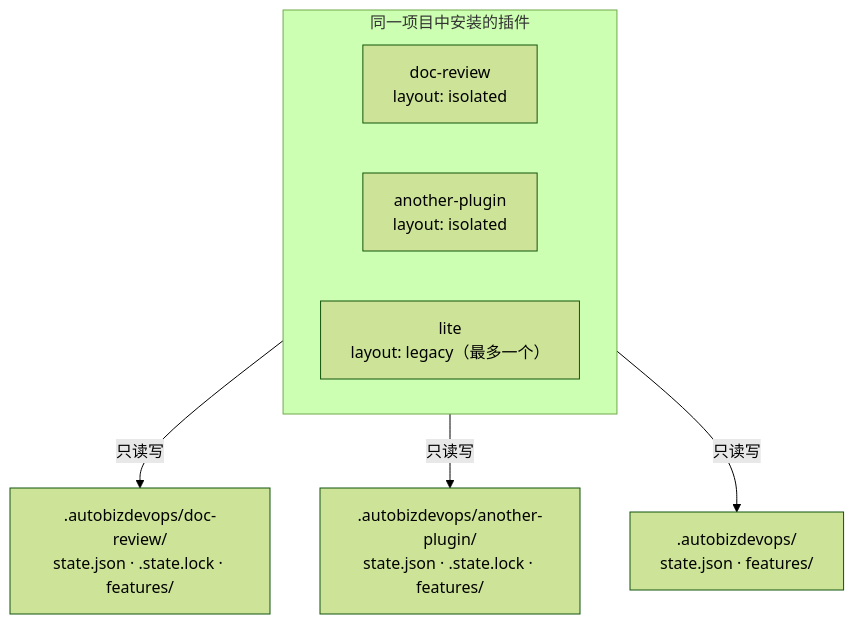
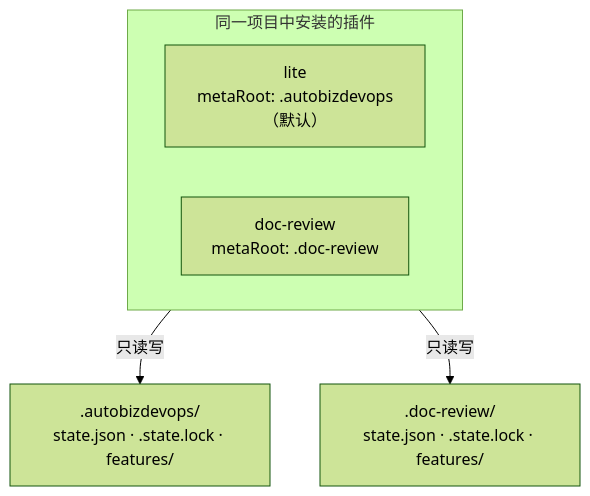
Before and after one commit to seikou00/autobizdevops_plugin_creator: the tenth of 11 diagrams in docs/diagrams.md, drawn with Mermaid (forest theme). The commit also changed other lines of this file and 81 other files, not shown here.

````diff
--- a/docs/diagrams.md
+++ b/docs/diagrams.md
@@ -321,17 +318,14 @@
 ```mermaid
 flowchart TB
   subgraph PLUGINS["同一项目中安装的插件"]
     direction LR
-    PA["doc-review<br/>layout: isolated"]
-    PB["another-plugin<br/>layout: isolated"]
-    PL["lite<br/>layout: legacy（最多一个）"]
+    PL["lite<br/>metaRoot: .autobizdevops（默认）"]
+    PA["doc-review<br/>metaRoot: .doc-review"]
   end
 
-  A[".autobizdevops/doc-review/<br/>state.json · .state.lock · features/"]
-  B[".autobizdevops/another-plugin/<br/>state.json · .state.lock · features/"]
-  L[".autobizdevops/<br/>state.json · features/"]
+  L[".autobizdevops/<br/>state.json · .state.lock · features/"]
+  A[".doc-review/<br/>state.json · .state.lock · features/"]
 
+  PL -->|"只读写"| L
   PA -->|"只读写"| A
-  PB -->|"只读写"| B
-  PL -->|"只读写"| L
 ```
````
